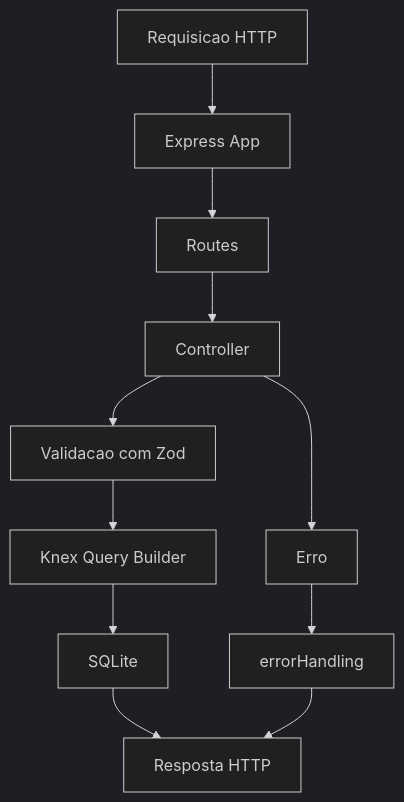
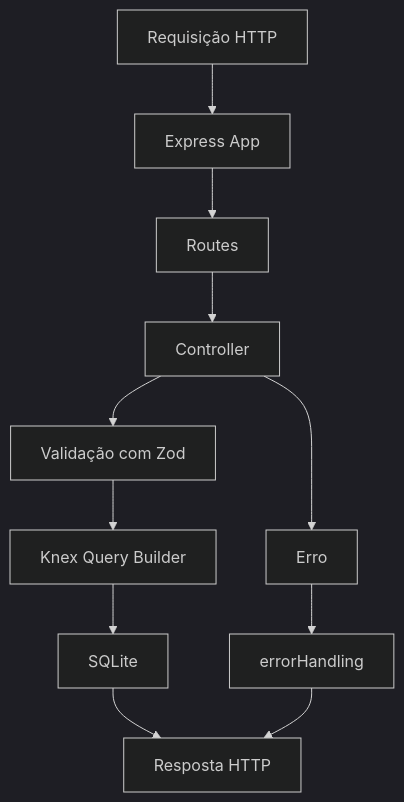
One commit to DanielVerissimo1/gerenciamneto-biblioteca-api changed the second of 2 diagrams in README.md. Above: the diagram before and after it, drawn with Mermaid (dark theme). The commit also changed other lines of this file and 1 other file, not shown here.

````diff
--- a/README.md
+++ b/README.md
@@ -236,13 +267,13 @@
 ```mermaid
 graph TD
-    A[Requisicao HTTP] --> B[Express App]
+    A[Requisição HTTP] --> B[Express App]
     B --> C[Routes]
     C --> D[Controller]
-    D --> E[Validacao com Zod]
+    D --> E[Validação com Zod]
     E --> F[Knex Query Builder]
     F --> G[SQLite]
     G --> H[Resposta HTTP]
     D --> I[Erro]
     I --> J[errorHandling]
     J --> H
 ```
````
